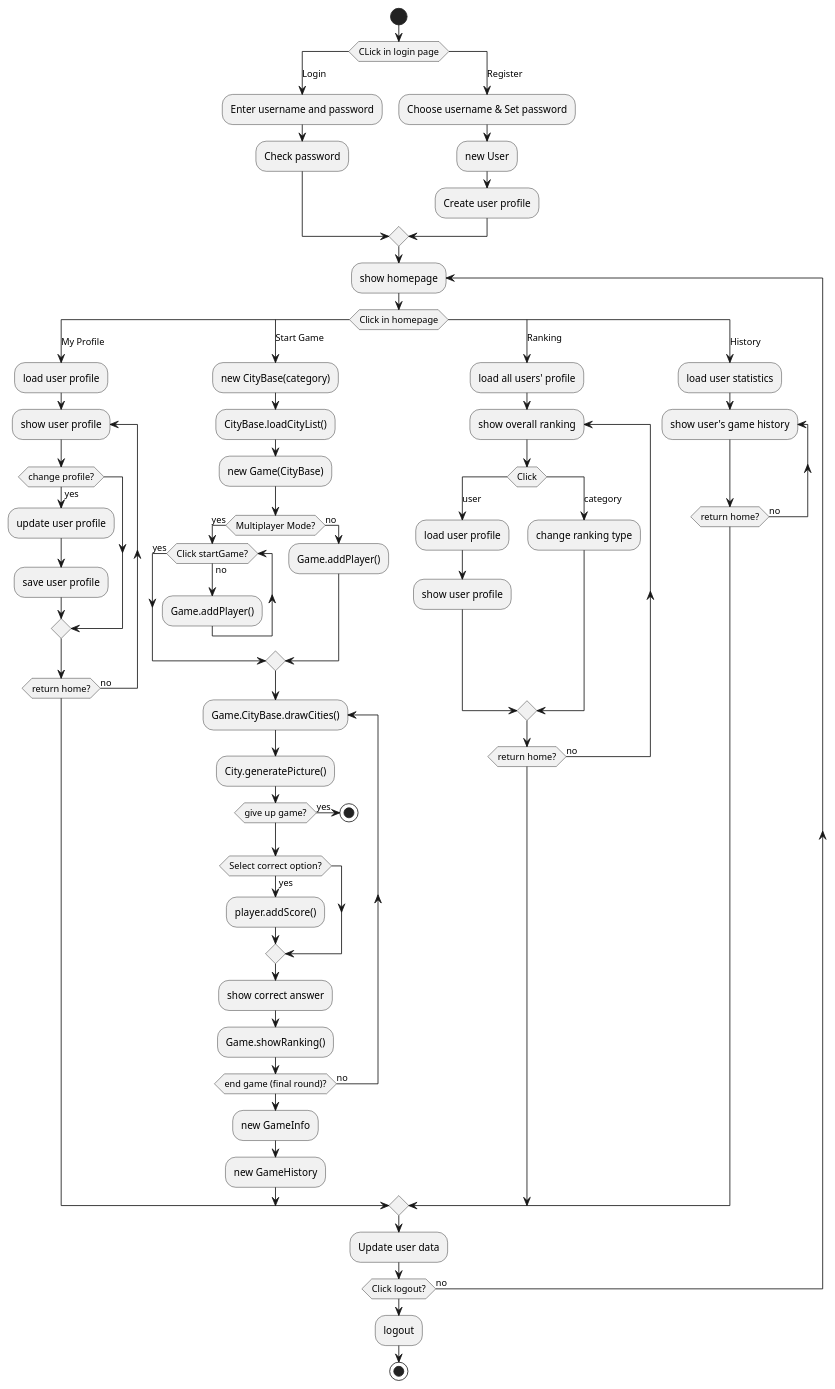
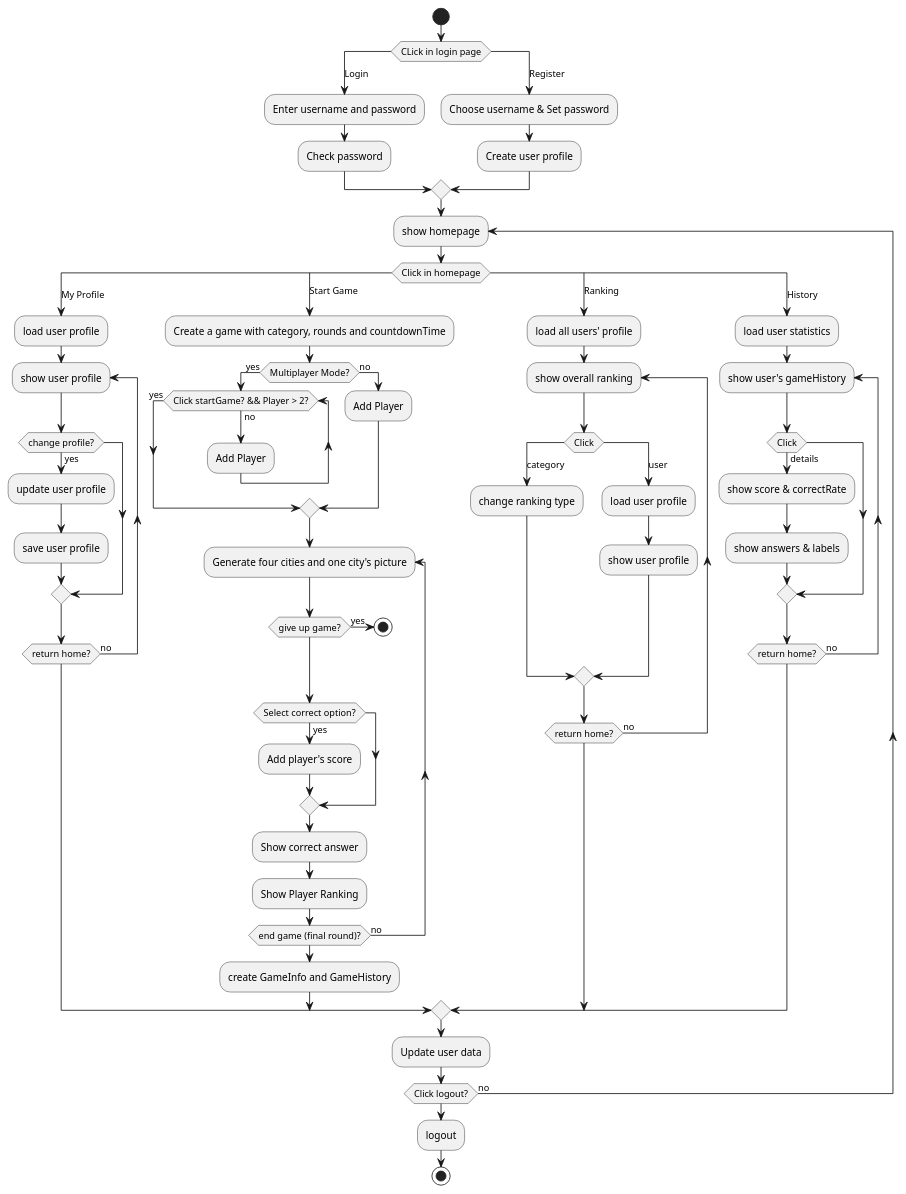
One commit to sopra-fs23-group-32/SoPra23_Server changed the diagram in src/uml/GuessCityActivity.puml. Above: the diagram before and after it, drawn with PlantUML. The commit also changed 1 other file, not shown here.

Commit message:
update activity diagram

```diff
--- a/src/uml/GuessCityActivity.puml
+++ b/src/uml/GuessCityActivity.puml
@@ -1,82 +1,81 @@
 @startuml
 'https://plantuml.com/activity-diagram-beta
 
 start
 switch (CLick in login page)
 case (Login)
     :Enter username and password;
     :Check password;
 case (Register)
     :Choose username & Set password;
-    :new User;
     :Create user profile;
 endswitch
 '========= success login =========
 
 repeat :show homepage;
 switch (Click in homepage)
 case (My Profile)
     :load user profile;
     repeat :show user profile;
     if (change profile?) then(yes)
         :update user profile;
         :save user profile;
     endif
     repeat while(return home?) is(no)
 
 case (Start Game)
-    :new CityBase(category);
-    :CityBase.loadCityList();
-    :new Game(CityBase);
+    :Create a game with category, rounds and countdownTime;
     if (Multiplayer Mode?) then(yes)
 '        :generate shared link;
-        while(Click startGame?) is(no)
-            :Game.addPlayer();
+        while(Click startGame? && Player > 2?) is(no)
+            :Add Player;
         endwhile (yes)
     else (no)
-        :Game.addPlayer();
+        :Add Player;
     endif
 
-    repeat :Game.CityBase.drawCities();
-        :City.generatePicture();
+    repeat :Generate four cities and one city's picture;
 '        :show options and Picture;
         if (give up game?) then(yes)
             stop
         endif
         if (Select correct option?) then(yes)
-            :player.addScore();
+            :Add player's score;
         endif
-        :show correct answer;
-        :Game.showRanking();
+        :Show correct answer;
+        :Show Player Ranking;
     repeat while(end game (final round)?) is(no)
 
 '    if (record score?) then (yes)
 '        :UserStatistic.addScore();
 '    endif
-    :new GameInfo;
-    :new GameHistory;
+    :create GameInfo and GameHistory;
 
 case (Ranking)
     :load all users' profile;
     repeat :show overall ranking;
     switch (Click)
+    case (category)
+        :change ranking type;
     case (user)
         :load user profile;
         :show user profile;
-    case (category)
-        :change ranking type;
     endswitch
     repeat while(return home?) is(no)
 
 case (History)
     :load user statistics;
-    repeat :show user's game history;
+    repeat :show user's gameHistory;
+    if (Click) then(details)
+        :show score & correctRate;
+        :show answers & labels;
+    endif
     repeat while(return home?) is(no)
 endswitch
 
 :Update user data;
 repeat while(Click logout?) is(no)
 :logout;
 stop
 
 @enduml
```
